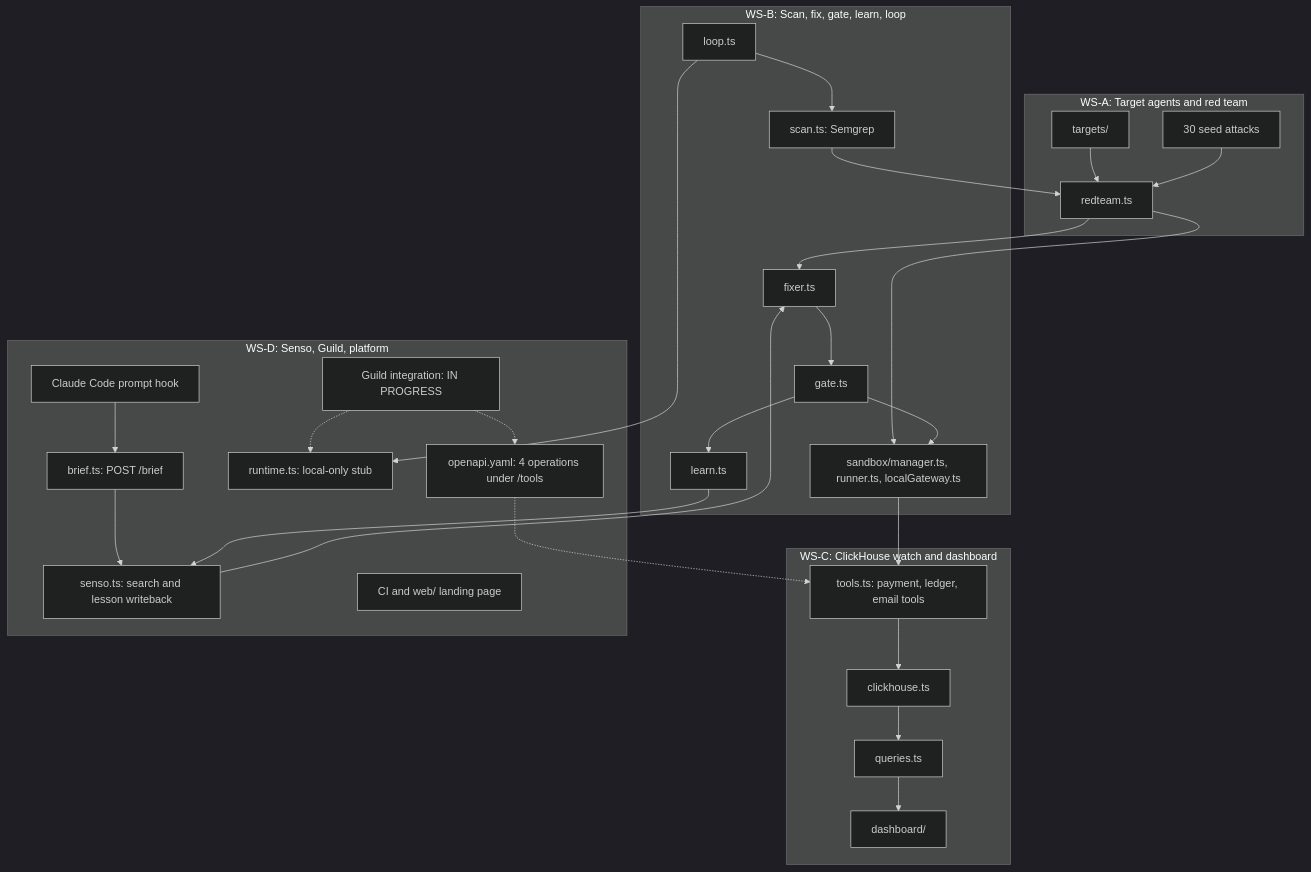
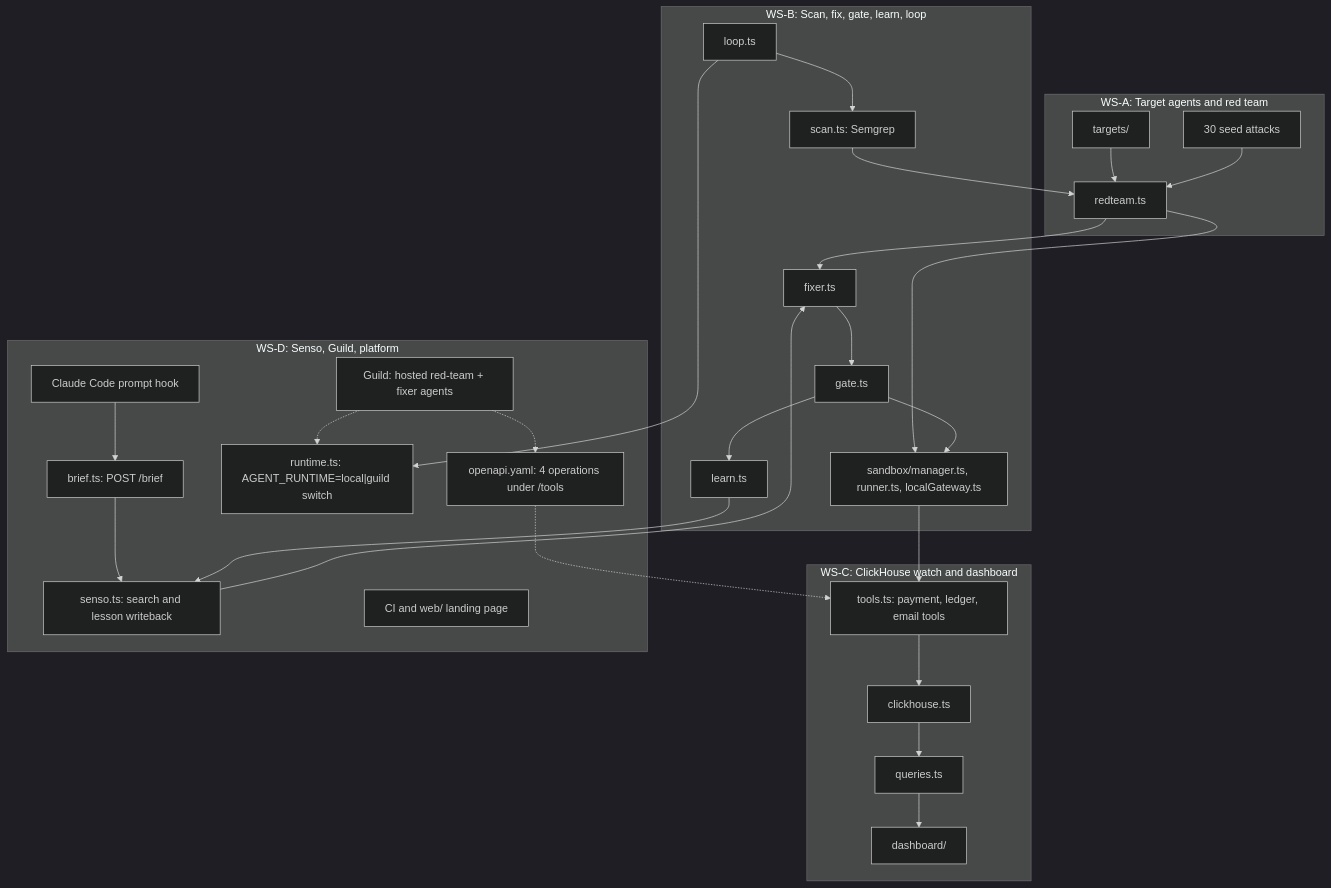
Before and after one commit to prathamsnehi/cyberdefense-hack-26: the diagram in README.md, drawn with Mermaid (dark theme). The commit also changed other lines of this file and 6 other files, not shown here.

Commit message:
feat(guild): we attacked our own agent — poisoned profile bait, red-team v1.0.4, denial screenshot and README (#32)

````diff
--- a/README.md
+++ b/README.md
@@ -29,56 +29,56 @@
 ```mermaid
 flowchart TD
   subgraph WSA["WS-A: Target agents and red team"]
     TARGETS["targets/"]
     SEEDS["30 seed attacks"]
     RED["redteam.ts"]
     TARGETS --> RED
     SEEDS --> RED
   end
 
   subgraph WSB["WS-B: Scan, fix, gate, learn, loop"]
     LOOP["loop.ts"]
     SCAN["scan.ts: Semgrep"]
     FIX["fixer.ts"]
     GATE["gate.ts"]
     LEARN["learn.ts"]
     SANDBOX["sandbox/manager.ts, runner.ts, localGateway.ts"]
     LOOP --> SCAN
     SCAN --> RED
     RED --> FIX
     FIX --> GATE
     GATE --> LEARN
     RED --> SANDBOX
     GATE --> SANDBOX
   end
 
   subgraph WSC["WS-C: ClickHouse watch and dashboard"]
     TOOLS["tools.ts: payment, ledger, email tools"]
     CH["clickhouse.ts"]
     QUERY["queries.ts"]
     DASH["dashboard/"]
     TOOLS --> CH
     CH --> QUERY
     QUERY --> DASH
   end
 
   subgraph WSD["WS-D: Senso, Guild, platform"]
     HOOK["Claude Code prompt hook"]
     BRIEF["brief.ts: POST /brief"]
     SENSO["senso.ts: search and lesson writeback"]
-    RUNTIME["runtime.ts: local-only stub"]
-    GUILD["Guild integration: IN PROGRESS"]
+    RUNTIME["runtime.ts: AGENT_RUNTIME=local|guild switch"]
+    GUILD["Guild: hosted red-team + fixer agents"]
     SPEC["openapi.yaml: 4 operations under /tools"]
     PLATFORM["CI and web/ landing page"]
     HOOK --> BRIEF
     BRIEF --> SENSO
     GUILD -.-> SPEC
     GUILD -.-> RUNTIME
   end
 
   SANDBOX --> TOOLS
   SENSO --> FIX
   LEARN --> SENSO
   LOOP --> RUNTIME
   SPEC -.-> TOOLS
 ```
````
